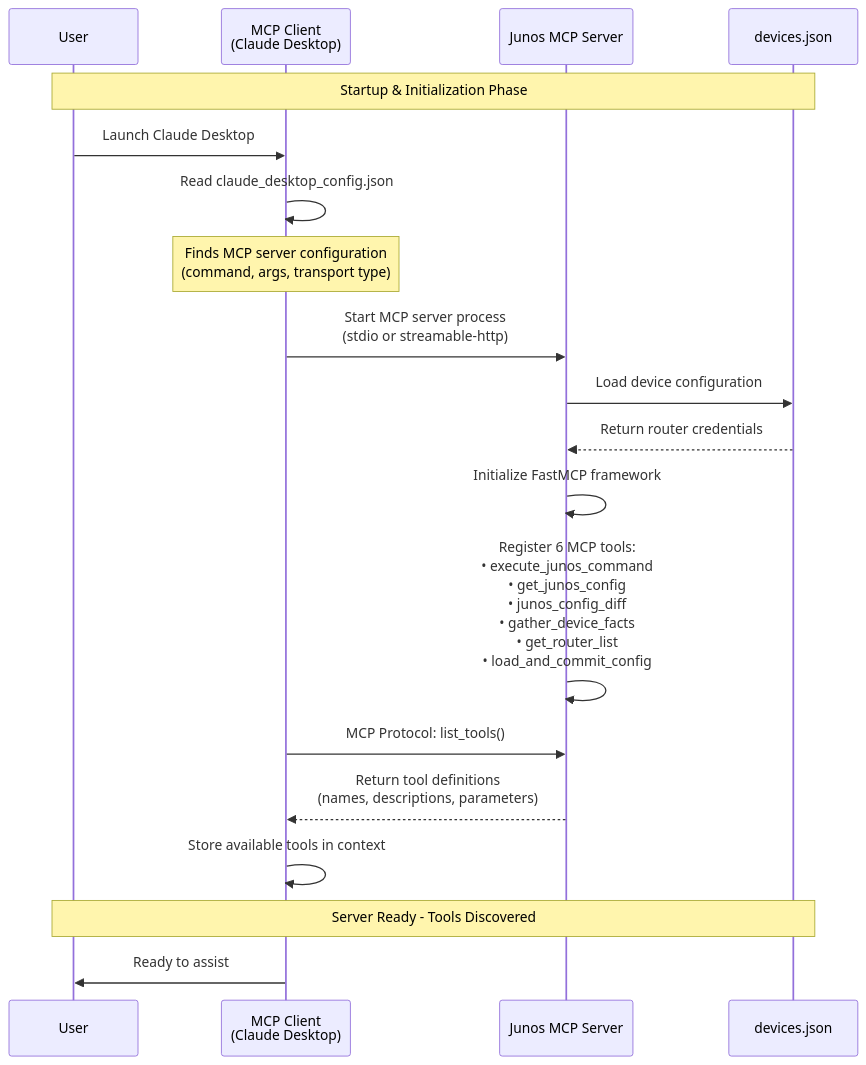
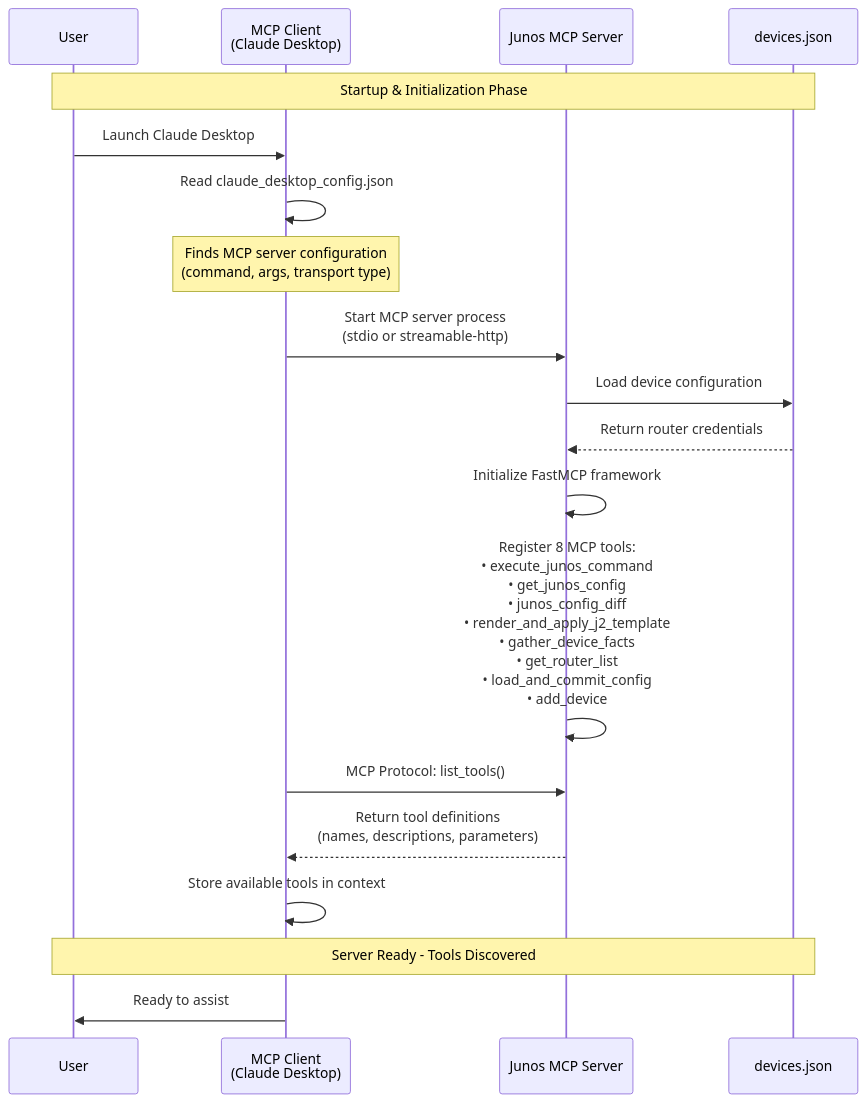
The second of 6 diagrams in docs/mcp-flow-diagram.md (scottcrosby-securebine/juniper-mcp-v1), drawn with Mermaid before and after one commit. The commit also changed other lines of this file and 9 other files, not shown here.

````diff
--- a/docs/mcp-flow-diagram.md
+++ b/docs/mcp-flow-diagram.md
@@ -31,27 +31,27 @@
 ```mermaid
 sequenceDiagram
     participant User
     participant Client as MCP Client<br/>(Claude Desktop)
     participant MCP as Junos MCP Server
     participant Config as devices.json
 
     Note over User,Config: Startup & Initialization Phase
 
     User->>Client: Launch Claude Desktop
     Client->>Client: Read claude_desktop_config.json
     Note over Client: Finds MCP server configuration<br/>(command, args, transport type)
 
     Client->>MCP: Start MCP server process<br/>(stdio or streamable-http)
     MCP->>Config: Load device configuration
     Config-->>MCP: Return router credentials
     MCP->>MCP: Initialize FastMCP framework
-    MCP->>MCP: Register 6 MCP tools:<br/>• execute_junos_command<br/>• get_junos_config<br/>• junos_config_diff<br/>• gather_device_facts<br/>• get_router_list<br/>• load_and_commit_config
+    MCP->>MCP: Register 8 MCP tools:<br/>• execute_junos_command<br/>• get_junos_config<br/>• junos_config_diff<br/>• render_and_apply_j2_template<br/>• gather_device_facts<br/>• get_router_list<br/>• load_and_commit_config<br/>• add_device
 
     Client->>MCP: MCP Protocol: list_tools()
     MCP-->>Client: Return tool definitions<br/>(names, descriptions, parameters)
 
     Client->>Client: Store available tools in context
 
     Note over User,Config: Server Ready - Tools Discovered
     Client->>User: Ready to assist
 ```
````
